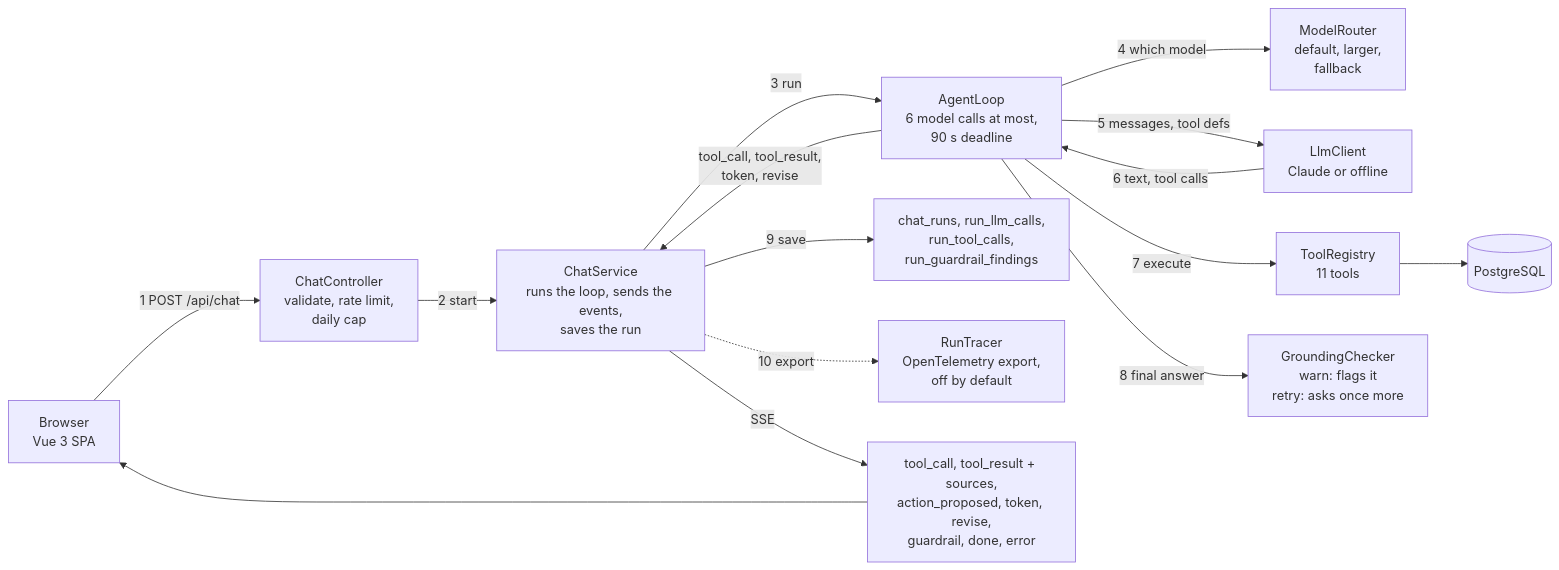
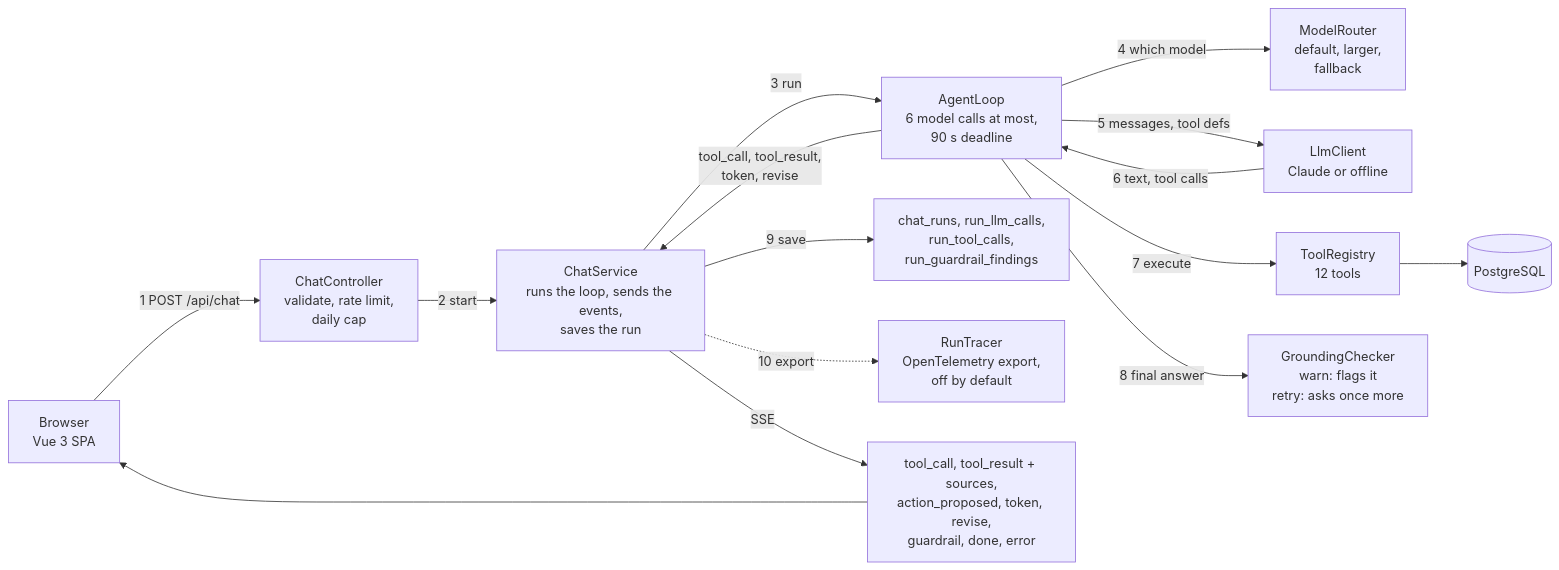
Before and after one commit to NguyenMinhDuc98/proppilot: the first of 3 diagrams in README.md, drawn with Mermaid. The commit also changed other lines of this file and 18 other files, not shown here.

````diff
--- a/README.md
+++ b/README.md
@@ -84,17 +84,17 @@
 ```mermaid
 flowchart LR
     B["Browser<br/>Vue 3 SPA"] -->|"1 POST /api/chat"| C["ChatController<br/>validate, rate limit,<br/>daily cap"]
     C -->|"2 start"| H["ChatService<br/>runs the loop, sends the events,<br/>saves the run"]
     H -->|"3 run"| A["AgentLoop<br/>6 model calls at most,<br/>90 s deadline"]
     A -->|"4 which model"| R["ModelRouter<br/>default, larger,<br/>fallback"]
     A -->|"5 messages, tool defs"| L["LlmClient<br/>Claude or offline"]
     L -->|"6 text, tool calls"| A
-    A -->|"7 execute"| T["ToolRegistry<br/>11 tools"]
+    A -->|"7 execute"| T["ToolRegistry<br/>12 tools"]
     T --> D[("PostgreSQL")]
     A -->|"8 final answer"| G["GroundingChecker<br/>warn: flags it<br/>retry: asks once more"]
     A -->|"tool_call, tool_result,<br/>token, revise"| H
     H -->|"9 save"| S["chat_runs, run_llm_calls,<br/>run_tool_calls,<br/>run_guardrail_findings"]
     H -.->|"10 export"| O["RunTracer<br/>OpenTelemetry export,<br/>off by default"]
     H -->|"SSE"| E["tool_call, tool_result + sources,<br/>action_proposed, token, revise,<br/>guardrail, done, error"]
     E --> B
 ```
````
